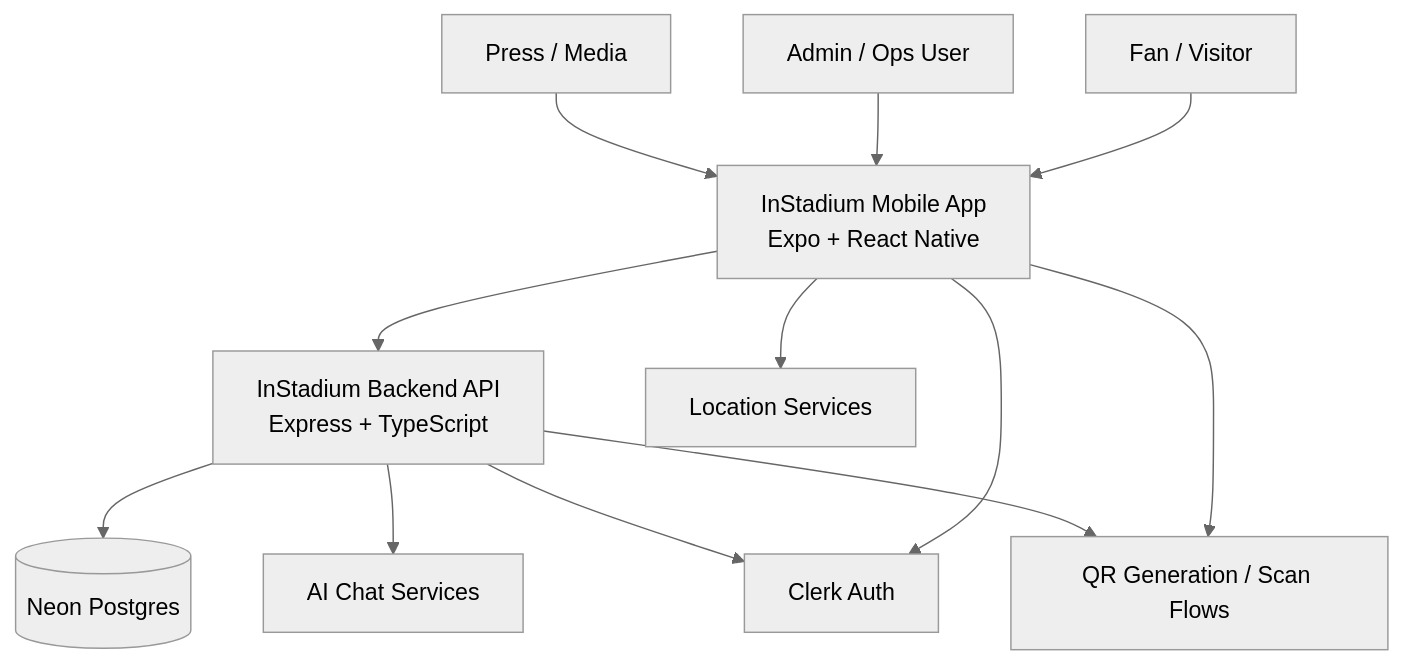
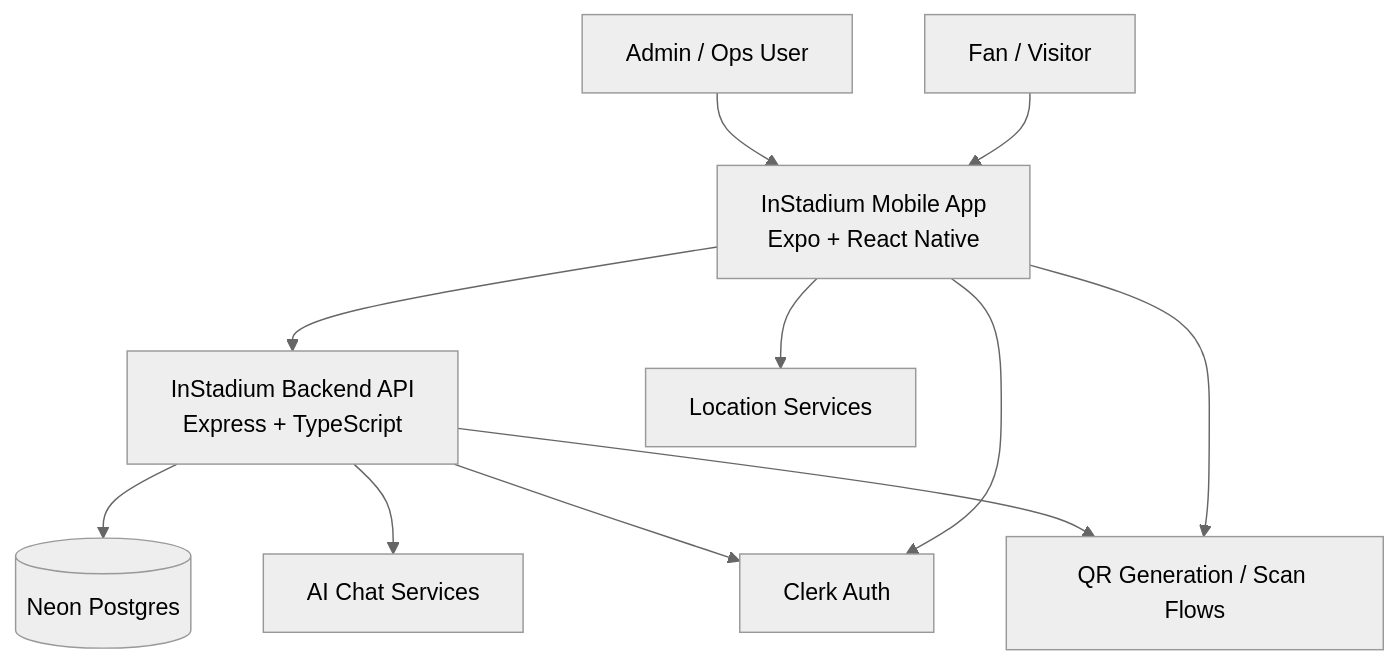
One commit to Prakshit0902/InStadiumApp changed the first of 15 diagrams in README.md. Above: the diagram before and after it, drawn with Mermaid (neutral theme). The commit also changed other lines of this file, not shown here.

Commit message:
functional mindmap updated

````diff
--- a/README.md
+++ b/README.md
@@ -34,27 +34,25 @@
 ```mermaid
 flowchart TB
       fan[Fan / Visitor]
       admin[Admin / Ops User]
-      media[Press / Media]
       mobile[InStadium Mobile App\nExpo + React Native]
       backend[InStadium Backend API\nExpress + TypeScript]
       db[(Neon Postgres)]
       auth[Clerk Auth]
       maps[Location Services]
       qr[QR Generation / Scan Flows]
       ai[AI Chat Services]
 
       fan --> mobile
       admin --> mobile
-      media --> mobile
 
       mobile --> backend
       mobile --> auth
       mobile --> maps
       mobile --> qr
 
       backend --> db
       backend --> auth
       backend --> ai
       backend --> qr
 ```
````
